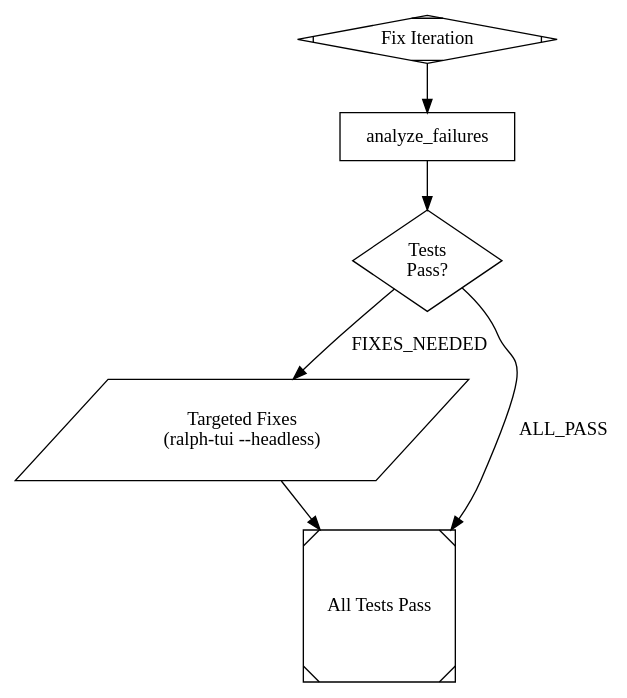
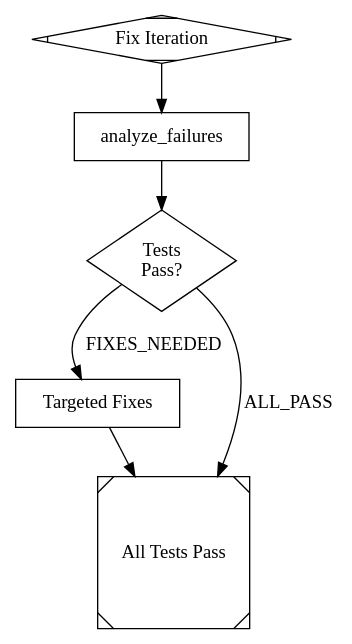
One commit to ardrodus/dark-fac changed the diagram in pipelines/feature_tdd.dot. Above: the diagram before and after it, drawn with Graphviz. The commit also changed 1 other file, not shown here.

Commit message:
refactor: replace ralph-tui shell nodes with generic LLM agents
Convert test_writer, feature_writer, and run_fixes from
shape=parallelogram (ToolHandler shell commands) to shape=box
(CodergenHandler LLM agents). Agents now read PRD JSON directly
and implement stories themselves instead of shelling out to
ralph-tui --headless which doesn't exist.

```diff
--- a/pipelines/feature_tdd.dot
+++ b/pipelines/feature_tdd.dot
@@ -1,47 +1,47 @@
 // Feature TDD: Targeted fix iteration
 //
 // Child pipeline for feature_fix_loop manager in dark_forge.dot.
 //
 // Each iteration:
 //   1. Agent runs pytest, analyzes failures
 //   2. If all tests pass → ALL_PASS → done (loop exits)
 //   3. If failures exist → creates a small targeted fix-prd.json
 //      focused ONLY on the failing tests
-//   4. ralph-tui implements the targeted fixes
+//   4. Agent implements the targeted fixes
 //
 // Key constraints:
 //   - Tests are NEVER modified — only feature/implementation code
 //   - Each iteration's fix PRD is smaller than the last
-//   - Agent provides root-cause guidance so ralph-tui doesn't guess
+//   - Agent provides root-cause guidance in the fix PRD
 
 digraph feature_tdd {
     graph [
         goal="Analyze test failures and create targeted fixes until all tests pass"
     ]
 
     start [shape=Mdiamond, label="Fix Iteration"]
 
     // --- Step 1: Analyze test failures ---
     analyze_failures [
         shape=box,
         prompt="You are the failure analysis agent.\n\nWorkspace: $workspace\n\n## Step 1: Run tests\n\nRun the full test suite:\n  cd $workspace && python -m pytest tests/ -x --tb=long 2>&1\n\nCapture the full output.\n\n## Step 2: Evaluate results\n\nIf ALL tests pass, output exactly: ALL_PASS\nDo NOT create any files. Just output ALL_PASS and stop.\n\n## Step 3: Analyze failures (only if tests failed)\n\nFor each failing test:\n1. Read the test file to understand what it expects\n2. Read the implementation code it's testing\n3. Identify the root cause (missing function, wrong return value, unhandled edge case, etc.)\n4. Determine the minimal code change needed to fix it\n\n## Step 4: Create targeted fix PRD\n\nWrite a small, focused PRD to: $workspace/.dark-factory/specs/$issue_number/tasks/fix-prd.json\n\nEach story should:\n- Reference the specific failing test(s)\n- Describe the root cause\n- Specify exactly which file(s) to modify\n- Describe the expected fix (NOT the test — the implementation)\n- NEVER modify files under tests/ — only fix implementation code\n\nPRD JSON format:\n{\n  \"stories\": [\n    {\n      \"title\": \"Fix <function/module> for <test_name>\",\n      \"description\": \"Test expects X but implementation does Y. Root cause: Z.\",\n      \"acceptance_criteria\": [\"test_name passes\", \"no regressions in related tests\"],\n      \"files_to_modify\": [\"path/to/file.py\"],\n      \"guidance\": \"Change the return value of foo() from None to the computed result\",\n      \"do_not_modify\": [\"tests/*\"]\n    }\n  ]\n}\n\nOutput: FIXES_NEEDED"
     ]
 
     // --- Step 2: Route based on test results ---
     fix_verdict [shape=diamond, label="Tests\nPass?"]
 
     // --- Step 3: Apply targeted fixes ---
     run_fixes [
-        shape=parallelogram,
-        label="Targeted Fixes\n(ralph-tui --headless)",
-        prompt="cd $workspace && ralph-tui run --prd .dark-factory/specs/$issue_number/tasks/fix-prd.json --headless"
+        shape=box,
+        label="Targeted Fixes",
+        prompt="You are the Fix Writer agent.\n\nWorkspace: $workspace\n\nRead the fix PRD at: $workspace/.dark-factory/specs/$issue_number/tasks/fix-prd.json\n\nThis PRD contains targeted fix stories created by the failure analysis agent. Each story includes the specific failing test(s), root cause analysis, files to modify, and guidance on the expected fix.\n\nFor each story, in order:\n\n1. Read the story and its guidance carefully\n2. Read the failing test to understand exactly what it expects\n3. Read the implementation file(s) identified in files_to_modify\n4. Apply the minimal fix described in the guidance\n\nDo NOT modify files under tests/ — only fix implementation code.\nDo NOT make changes beyond what the story describes.\n\nAfter completing all fixes, run: cd $workspace && python -m pytest tests/ -x --tb=short 2>&1\n\nOutput a summary of fixes applied and test results."
     ]
 
     done [shape=Msquare, label="All Tests Pass"]
 
     // --- Flow ---
     start -> analyze_failures -> fix_verdict
     fix_verdict -> done [label="ALL_PASS"]
     fix_verdict -> run_fixes [label="FIXES_NEEDED"]
     run_fixes -> done
 }
```
